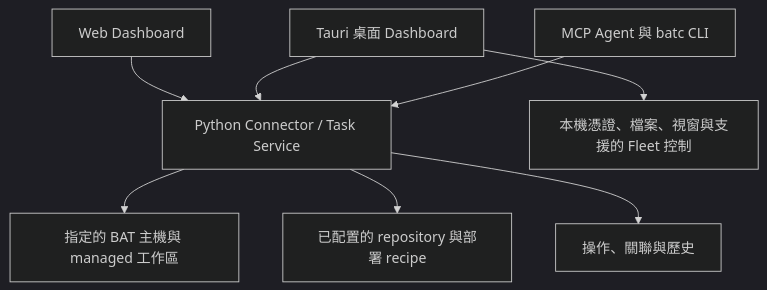
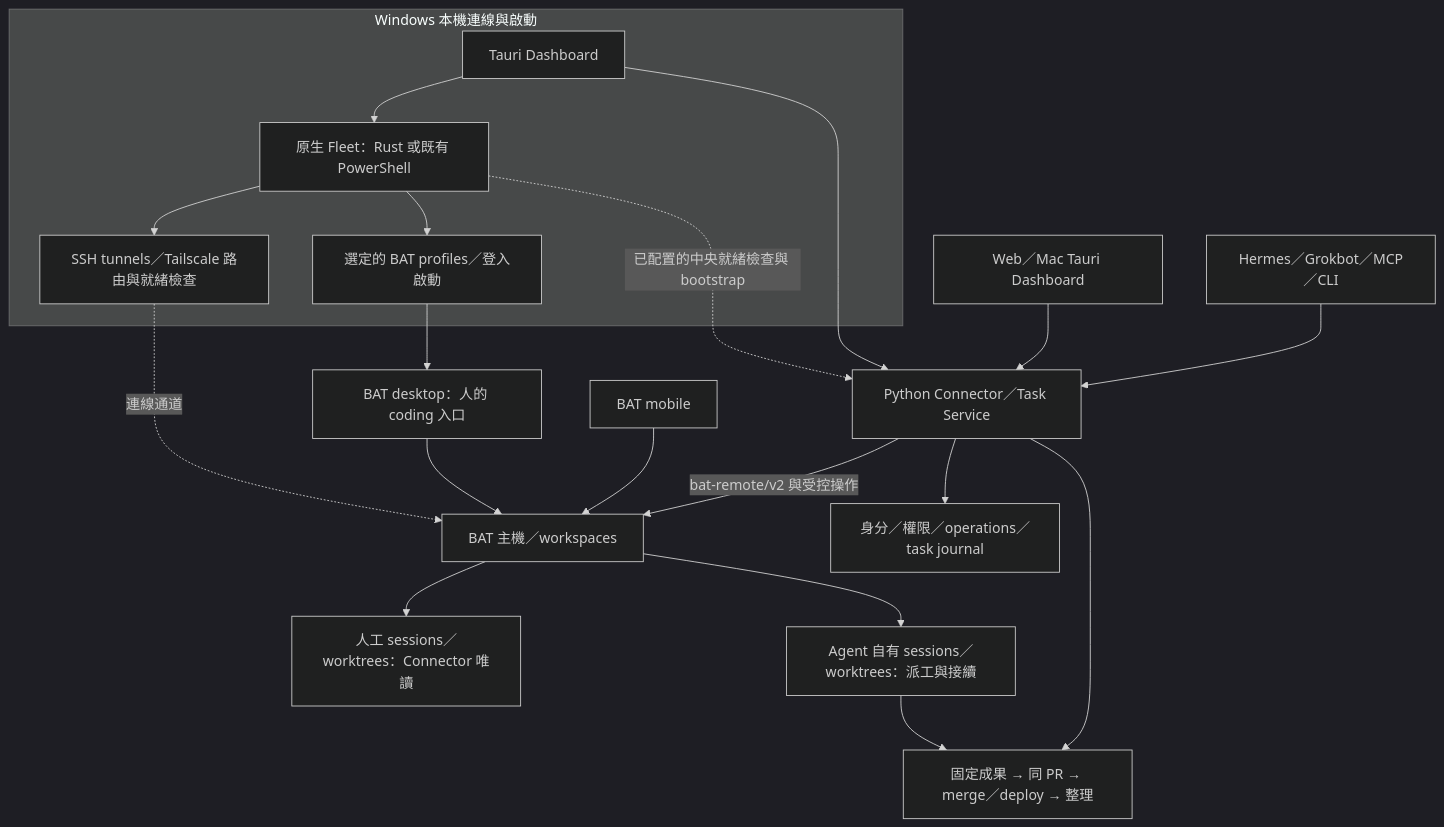
The diagram in README.zh-TW.md (teddashh/bat-agent-connector), drawn with Mermaid (dark theme) before and after one commit. The commit also changed other lines of this file and 11 other files, not shown here.

First line of the commit message:
Restore Windows Fleet and BAT architecture in README and website (#78)

````diff
--- a/README.zh-TW.md
+++ b/README.zh-TW.md
@@ -50,10 +51,22 @@
 ```mermaid
 flowchart TB
-    Web[Web Dashboard] --> Central[Python Connector / Task Service]
-    Desktop[Tauri 桌面 Dashboard] --> Central
-    Agents[MCP Agent 與 batc CLI] --> Central
-    Desktop --> Native[本機憑證、檔案、視窗與支援的 Fleet 控制]
-    Central --> BAT[指定的 BAT 主機與 managed 工作區]
-    Central --> GitHub[已配置的 repository 與部署 recipe]
-    Central --> Journal[操作、關聯與歷史]
+    subgraph Windows[Windows 本機連線與啟動]
+        Desktop[Tauri Dashboard] --> Fleet[原生 Fleet：Rust 或既有 PowerShell]
+        Fleet --> Routes[SSH tunnels／Tailscale 路由與就緒檢查]
+        Fleet --> Profiles[選定的 BAT profiles／登入啟動]
+    end
+    Web[Web／Mac Tauri Dashboard] --> Central[Python Connector／Task Service]
+    Desktop --> Central
+    Agents[Hermes／Grokbot／MCP／CLI] --> Central
+    Fleet -. 已配置的中央就緒檢查與 bootstrap .-> Central
+    Routes -. 連線通道 .-> BAT[BAT 主機／workspaces]
+    Profiles --> Human[BAT desktop：人的 coding 入口]
+    Mobile[BAT mobile] --> BAT
+    Human --> BAT
+    Central -->|bat-remote/v2 與受控操作| BAT
+    Central --> Journal[身分／權限／operations／task journal]
+    BAT --> Manual[人工 sessions／worktrees：Connector 唯讀]
+    BAT --> Managed[Agent 自有 sessions／worktrees：派工與接續]
+    Managed --> Delivery[固定成果 → 同 PR → merge／deploy → 整理]
+    Central --> Delivery
 ```
````
